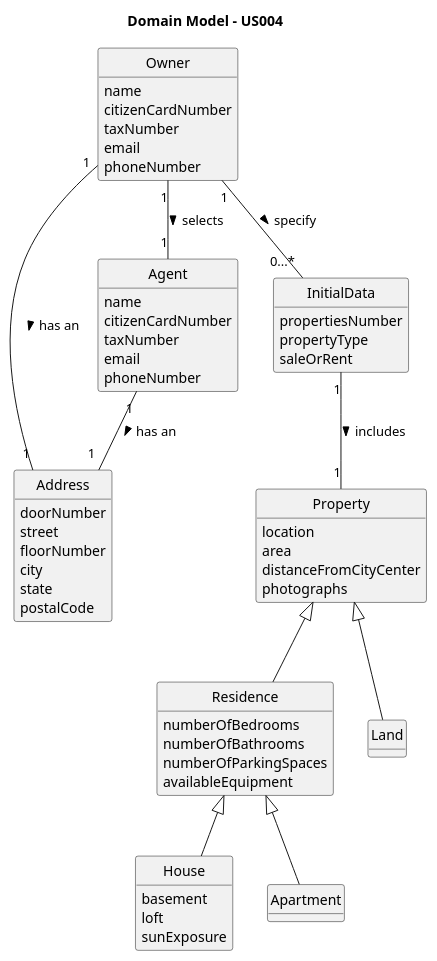
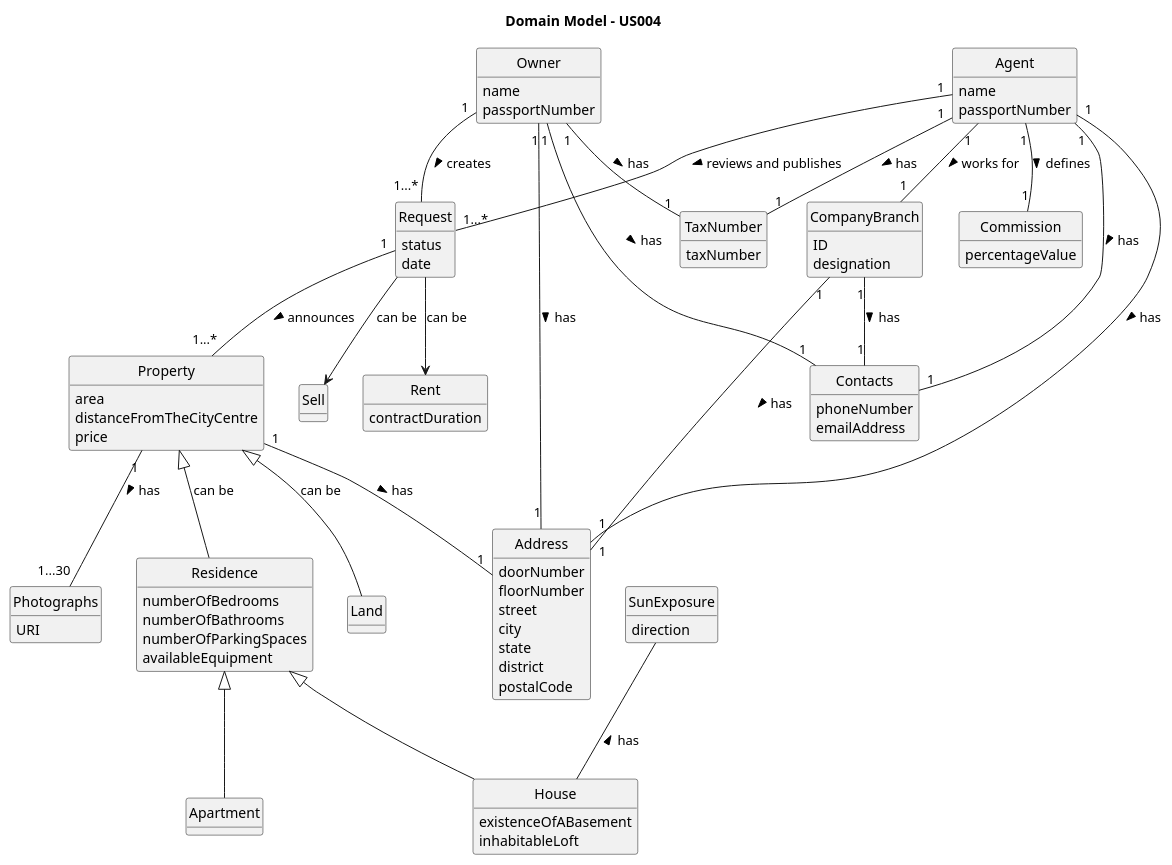
The diagram in docs/sprintB/us004/02.analysis/puml/us004-domain-model.puml (1220812/LAPR2), drawn with PlantUML before and after one commit. The commit also changed 5 other files, not shown here.

```diff
--- a/docs/sprintB/us004/02.analysis/puml/us004-domain-model.puml
+++ b/docs/sprintB/us004/02.analysis/puml/us004-domain-model.puml
@@ -1,86 +1,125 @@
 @startuml
 skinparam monochrome true
 skinparam packageStyle rectangle
 skinparam shadowing false
 
 'left to right direction
 
 skinparam classAttributeIconSize 0
 
 hide circle
 hide methods
 
 title Domain Model - US004
 
 class Owner{
 name
-citizenCardNumber
-taxNumber
-email
+passportNumber
+}
+
+class Agent{
+name
+passportNumber
+}
+
+class CompanyBranch{
+ID
+designation
+}
+
+class Contacts{
 phoneNumber
+emailAddress
 }
 
 class Address{
 doorNumber
+floorNumber
 street
-floorNumber
 city
 state
+district
 postalCode
 }
 
-class Agent{
-name
-citizenCardNumber
-taxNumber
-email
-phoneNumber
-}
-
-class InitialData{
-propertiesNumber
-propertyType
-saleOrRent
+class Request{
+status
+date
 }
 
 class Property{
-location
 area
-distanceFromCityCenter
-photographs
+distanceFromTheCityCentre
+price
 }
 
 class Residence{
 numberOfBedrooms
 numberOfBathrooms
 numberOfParkingSpaces
 availableEquipment
 }
 
 class House{
-basement
-loft
-sunExposure
+existenceOfABasement
+inhabitableLoft
+}
+
+class Land{
+}
+
+class Sell{
+}
+
+class Rent{
+contractDuration
+}
+
+class Commission{
+percentageValue
+}
+
+class Photographs{
+URI
+}
+
+class TaxNumber{
+taxNumber
 }
 
 class Apartment{
 }
-class Land{
+class SunExposure{
+direction
 }
 
+Owner "1" -- "1" Address : has >
+Owner "1" -- "1...*" Request : creates >
+Owner "1" -- "1" TaxNumber : has >
+Owner "1" -- "1" Contacts : has >
 
-Agent "1" -- "1  " Address : has an >
+Agent "1" -- "1" Address : has >
+Agent "1" -- "1...*" Request : reviews and publishes >
+Agent "1" -- "1" TaxNumber : has >
+Agent "1" -- "1" Contacts : has >
+Agent "1" -- "1" Commission : defines >
+Agent "1" -- "1" CompanyBranch : works for >
 
-Owner "1" -- "0...*" InitialData : specify >
-Owner "1" -- "1" Agent : selects >
-Owner "1" -- "1" Address : has an >
+Property "1" -- "1" Address : has >
+Property "1" -- "1...30" Photographs : has >
+Property <|-- Residence : can be
+Property <|-- Land : can be
 
-InitialData "1" -- "1" Property : includes >
-
-Property <|--  Residence
-Property <|-- Land
+CompanyBranch "1" -- "1" Address : has >
+CompanyBranch "1" -- "1" Contacts : has >
 
 Residence <|-- House
 Residence <|-- Apartment
 
+Request --> Sell : can be
+Request --> Rent : can be
+Request "1"--"1...*" Property : announces >
+
+SunExposure -- House : has <
+
 @enduml
```
